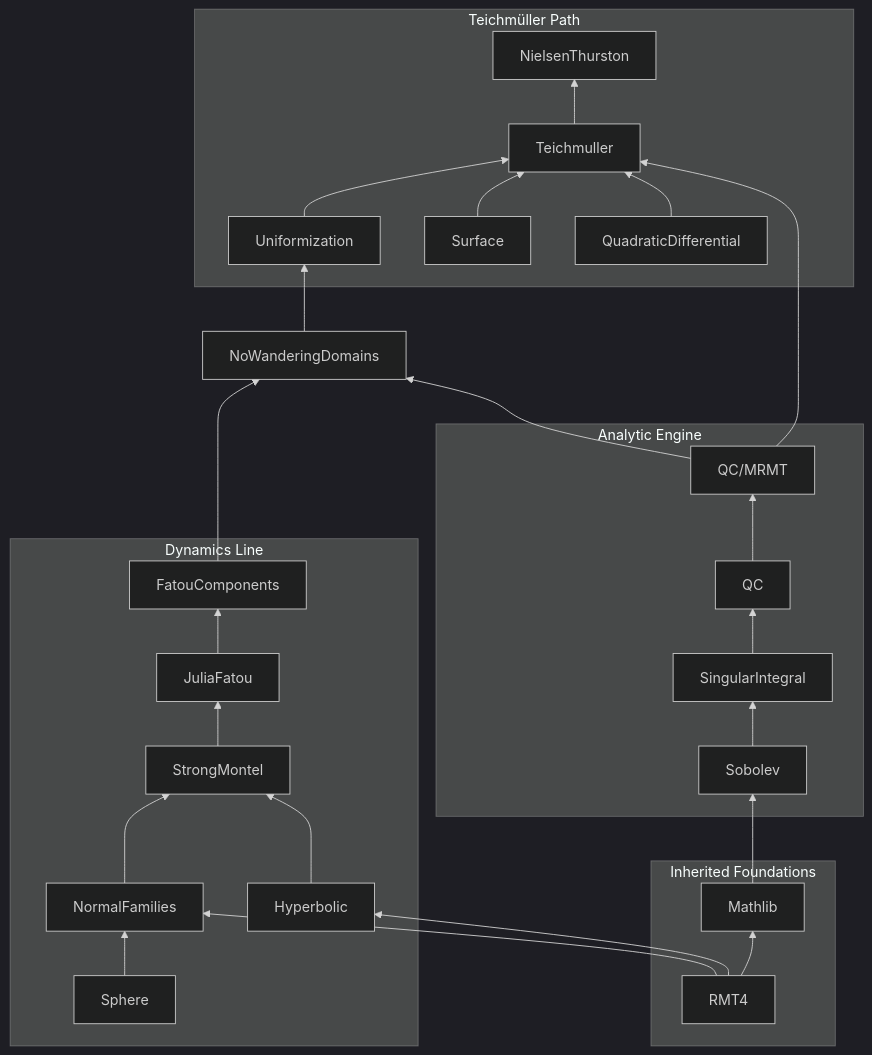
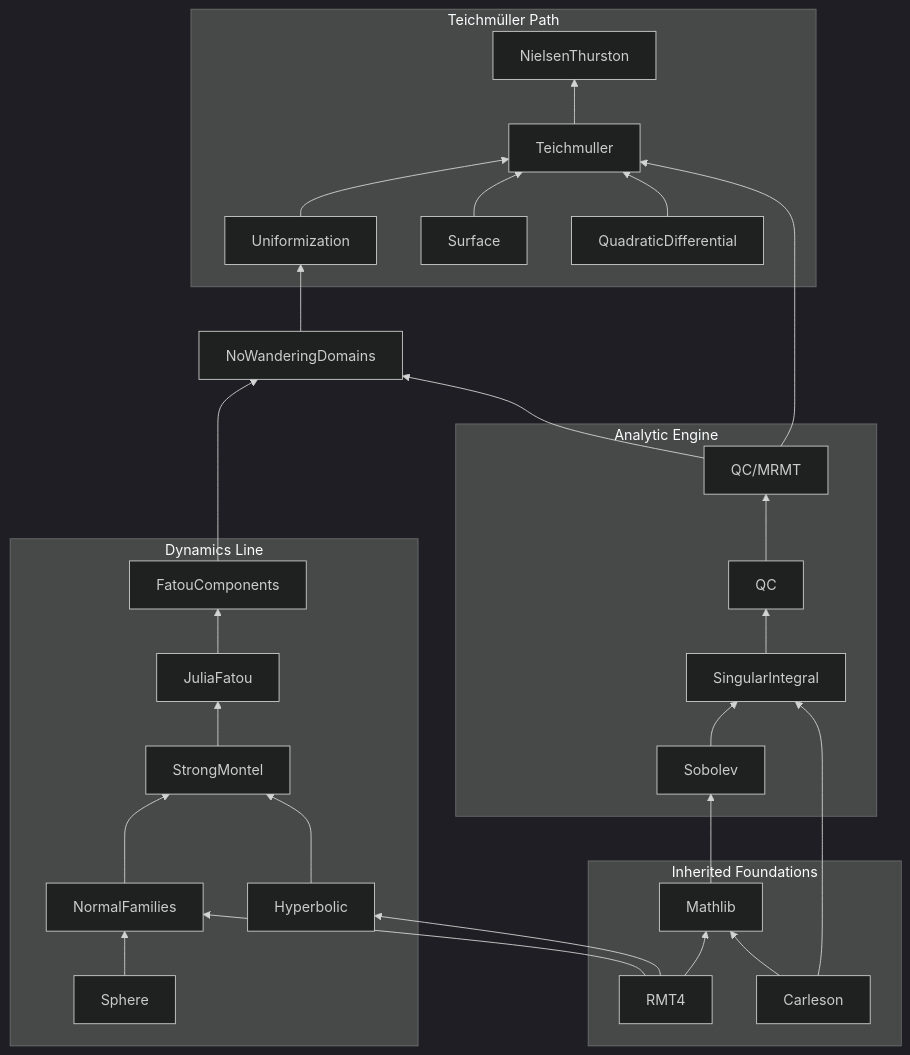
One commit to will1491/RiemannDynamics changed the diagram in README.md. Above: the diagram before and after it, drawn with Mermaid (dark theme). The commit also changed other lines of this file, not shown here.

````diff
--- a/README.md
+++ b/README.md
@@ -14,58 +14,61 @@
 ```mermaid
 flowchart BT
     subgraph Foundations [Inherited Foundations]
         DirMathlib[Mathlib]
         DirRMT4[RMT4]
+        DirCarleson[Carleson]
         DirRMT4 --> DirMathlib
+        DirCarleson --> DirMathlib
     end
 
     subgraph DynamicsLine [Dynamics Line]
         DirSphere[Sphere]
         DirNF[NormalFamilies]
         DirHyp[Hyperbolic]
         DirSM[StrongMontel]
         DirJF[JuliaFatou]
         DirFC[FatouComponents]
 
         DirSphere --> DirNF
         DirNF --> DirSM
         DirHyp --> DirSM
         DirSM --> DirJF
         DirJF --> DirFC
     end
 
     subgraph AnalyticEngine [Analytic Engine]
         DirSob[Sobolev]
         DirSI[SingularIntegral]
         DirQC[QC]
         DirMRMT[QC/MRMT]
 
         DirSob --> DirSI
         DirSI --> DirQC
         DirQC --> DirMRMT
     end
 
     DirNWD[NoWanderingDomains]
     DirFC --> DirNWD
     DirMRMT --> DirNWD
 
     subgraph TeichPath [Teichmüller Path]
         DirUnif[Uniformization]
         DirSurf[Surface]
         DirTeich[Teichmuller]
         DirQD[QuadraticDifferential]
         DirNT[NielsenThurston]
 
         DirUnif --> DirTeich
         DirSurf --> DirTeich
         DirQD --> DirTeich
         DirTeich --> DirNT
     end
 
     DirNWD --> DirUnif
     DirMRMT --> DirTeich
 
     DirRMT4 --> DirNF
     DirRMT4 --> DirHyp
     DirMathlib --> DirSob
+    DirCarleson --> DirSI
 ```
````
